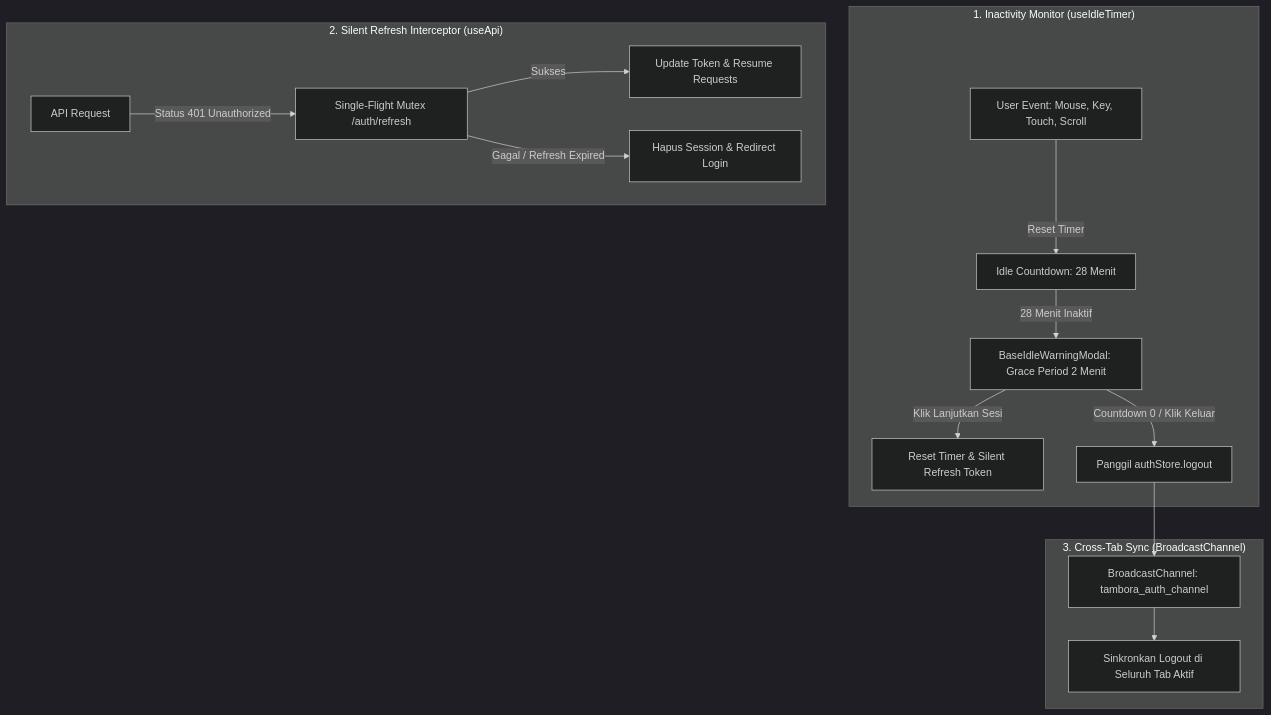
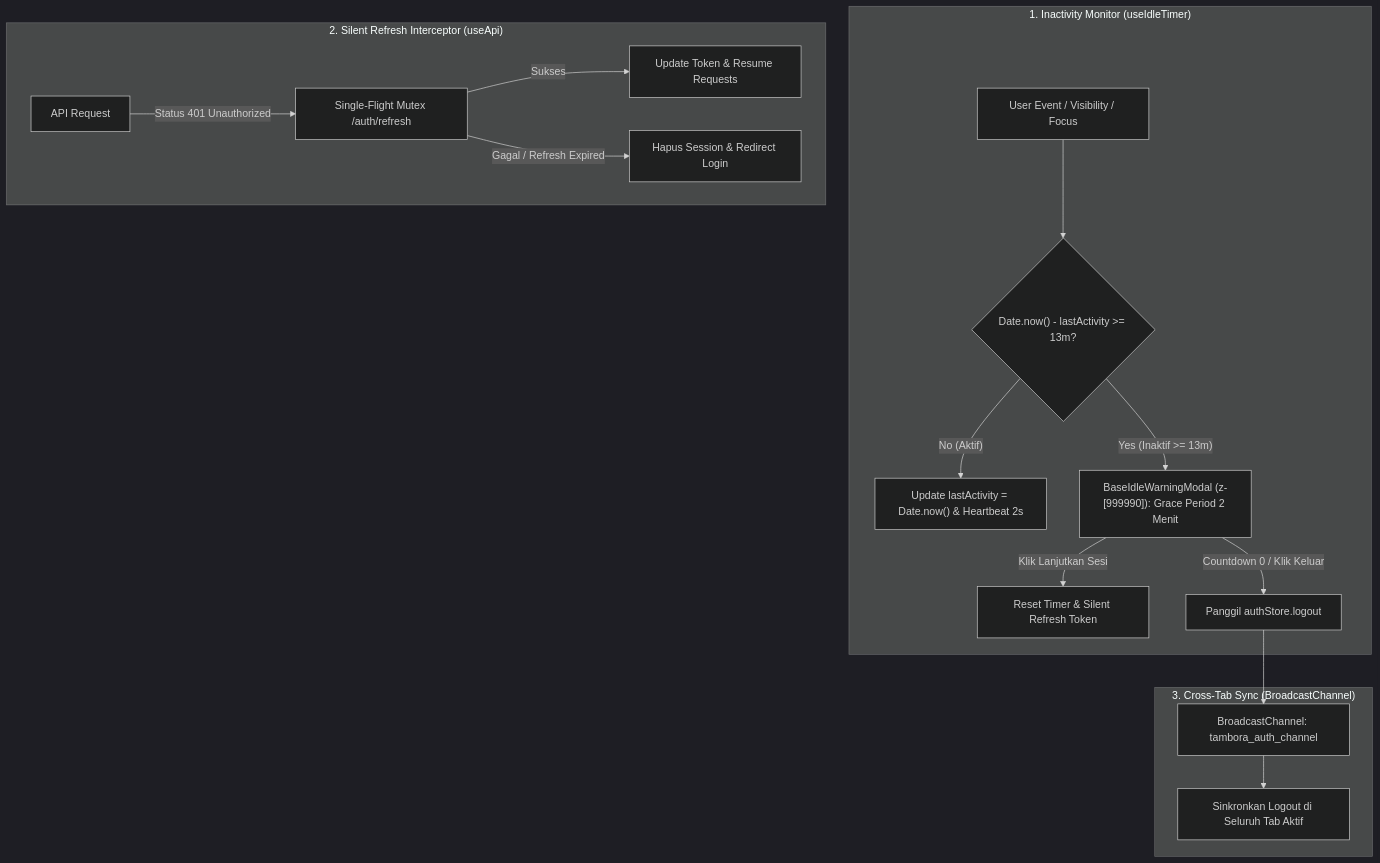
One commit to fernandoparhusip/tambora changed the first of 4 diagrams in docs/Architecture.md. Above: the diagram before and after it, drawn with Mermaid (dark theme). The commit also changed other lines of this file and 87 other files, not shown here.

````diff
--- a/docs/Architecture.md
+++ b/docs/Architecture.md
@@ -52,20 +52,21 @@
 ```mermaid
 flowchart TD
     subgraph IDLE_SYSTEM["1. Inactivity Monitor (useIdleTimer)"]
-        ACTIVITY["User Event: Mouse, Key, Touch, Scroll"] -->|"Reset Timer"| TIMER["Idle Countdown: 28 Menit"]
-        TIMER -->|"28 Menit Inaktif"| WARNING_MODAL["BaseIdleWarningModal: Grace Period 2 Menit"]
+        ACTIVITY["User Event / Visibility / Focus"] --> CHECK_DELTA{"Date.now() - lastActivity >= 13m?"}
+        CHECK_DELTA -->|"No (Aktif)"| RESET_TS["Update lastActivity = Date.now() & Heartbeat 2s"]
+        CHECK_DELTA -->|"Yes (Inaktif >= 13m)"| WARNING_MODAL["BaseIdleWarningModal (z-[999990]): Grace Period 2 Menit"]
         WARNING_MODAL -->|"Klik Lanjutkan Sesi"| KEEP_ALIVE["Reset Timer & Silent Refresh Token"]
         WARNING_MODAL -->|"Countdown 0 / Klik Keluar"| LOGOUT_TRIGGER["Panggil authStore.logout"]
     end
 
     subgraph API_SYSTEM["2. Silent Refresh Interceptor (useApi)"]
         API_REQ["API Request"] -->|"Status 401 Unauthorized"| REFRESH_QUEUE["Single-Flight Mutex /auth/refresh"]
         REFRESH_QUEUE -->|"Sukses"| RETRY["Update Token & Resume Requests"]
         REFRESH_QUEUE -->|"Gagal / Refresh Expired"| FORCE_LOGOUT["Hapus Session & Redirect Login"]
     end
 
     subgraph SYNC_SYSTEM["3. Cross-Tab Sync (BroadcastChannel)"]
         LOGOUT_TRIGGER --> BROADCAST["BroadcastChannel: tambora_auth_channel"]
         BROADCAST --> ALL_TABS["Sinkronkan Logout di Seluruh Tab Aktif"]
     end
 ```
````
